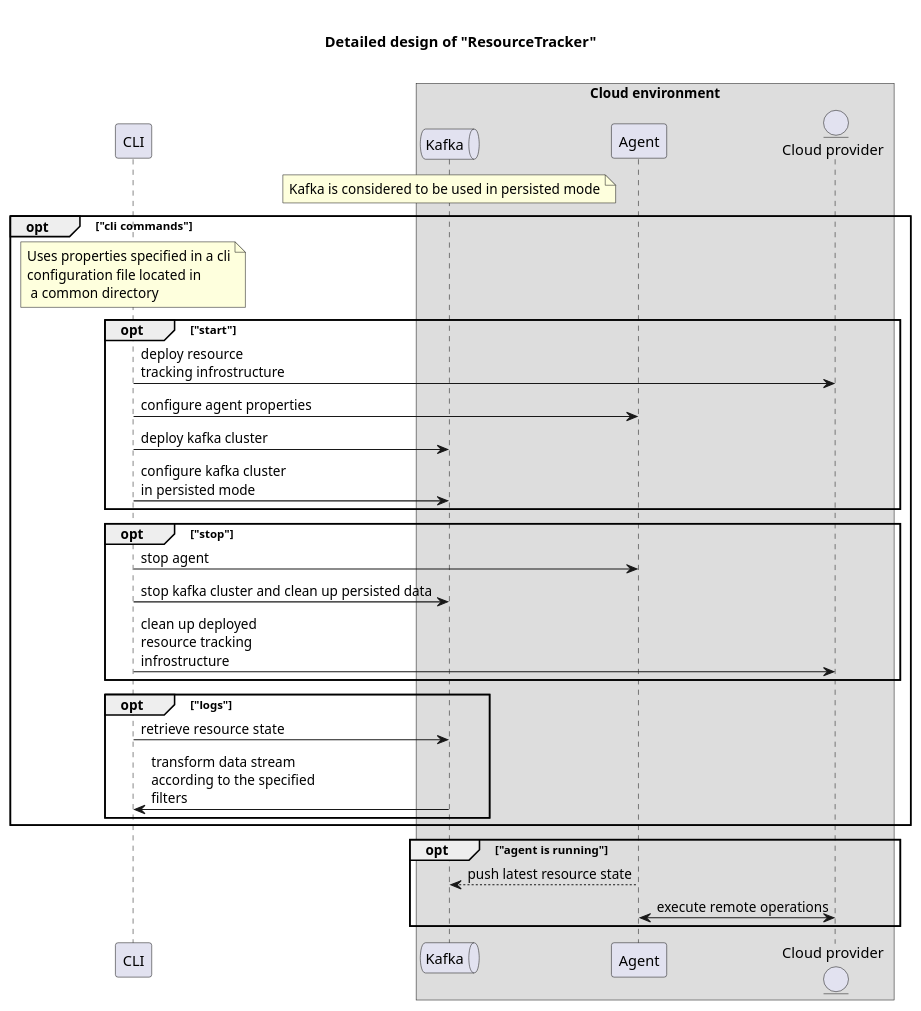
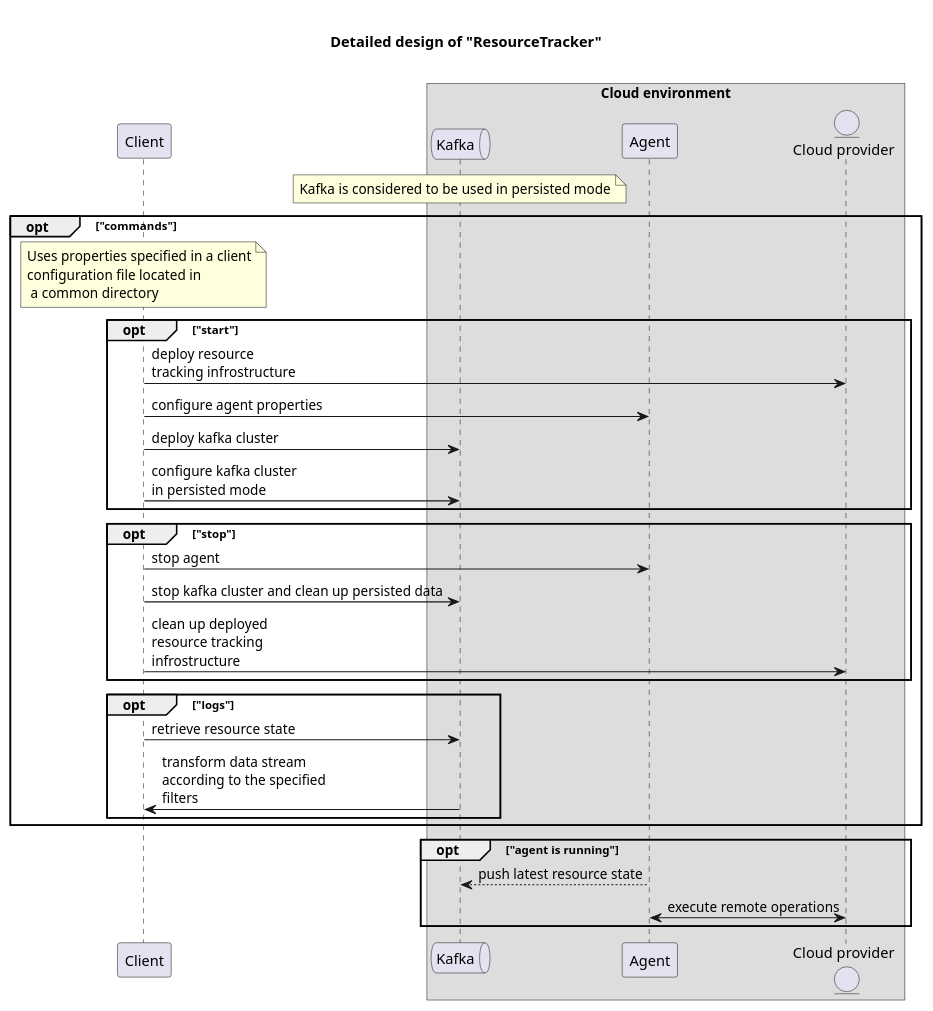
Before and after one commit to YarikRevich/ResourceTracker: the diagram in docs/detailed-design-raw.md, drawn with PlantUML. The commit also changed 84 other files, not shown here.

````diff
--- a/docs/detailed-design-raw.md
+++ b/docs/detailed-design-raw.md
@@ -1,45 +1,45 @@
 ```plantuml
 title
 
   Detailed design of "ResourceTracker"
 
 end title
 
-participant "CLI" as cli
+participant "Client" as client
 
 box "Cloud environment"
 queue "Kafka" as kafka
 participant "Agent" as agent
 entity "Cloud provider" as cloudprovider
 end box
 
 note over kafka: Kafka is considered to be used in persisted mode
 
-opt "cli commands"
-note over cli: Uses properties specified in a cli\nconfiguration file located in\n a common directory
+opt "commands"
+note over client: Uses properties specified in a client\nconfiguration file located in\n a common directory
 
 opt "start"
-cli -> cloudprovider: deploy resource\ntracking infrostructure
-cli -> agent: configure agent properties
-cli -> kafka: deploy kafka cluster
-cli -> kafka: configure kafka cluster\nin persisted mode
+client -> cloudprovider: deploy resource\ntracking infrostructure
+client -> agent: configure agent properties
+client -> kafka: deploy kafka cluster
+client -> kafka: configure kafka cluster\nin persisted mode
 end
 
 opt "stop"
-cli -> agent: stop agent
-cli -> kafka: stop kafka cluster and clean up persisted data
-cli -> cloudprovider: clean up deployed\nresource tracking\ninfrostructure
+client -> agent: stop agent
+client -> kafka: stop kafka cluster and clean up persisted data
+client -> cloudprovider: clean up deployed\nresource tracking\ninfrostructure
 end
 
 opt "logs"
-cli -> kafka: retrieve resource state
-kafka -> cli: transform data stream\naccording to the specified\nfilters
+client -> kafka: retrieve resource state
+kafka -> client: transform data stream\naccording to the specified\nfilters
 end
 
 end
 
 opt "agent is running"
 agent --> kafka: push latest resource state
 agent <-> cloudprovider: execute remote operations
 end
 ```
````
